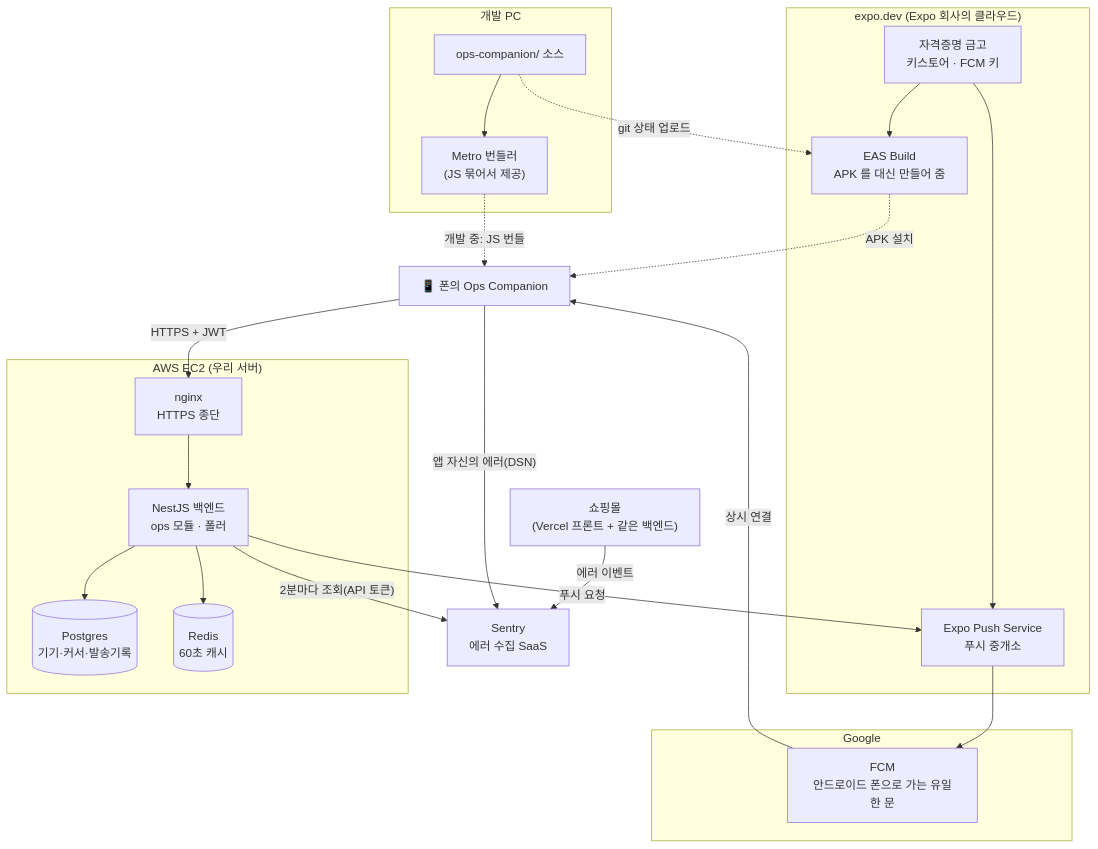
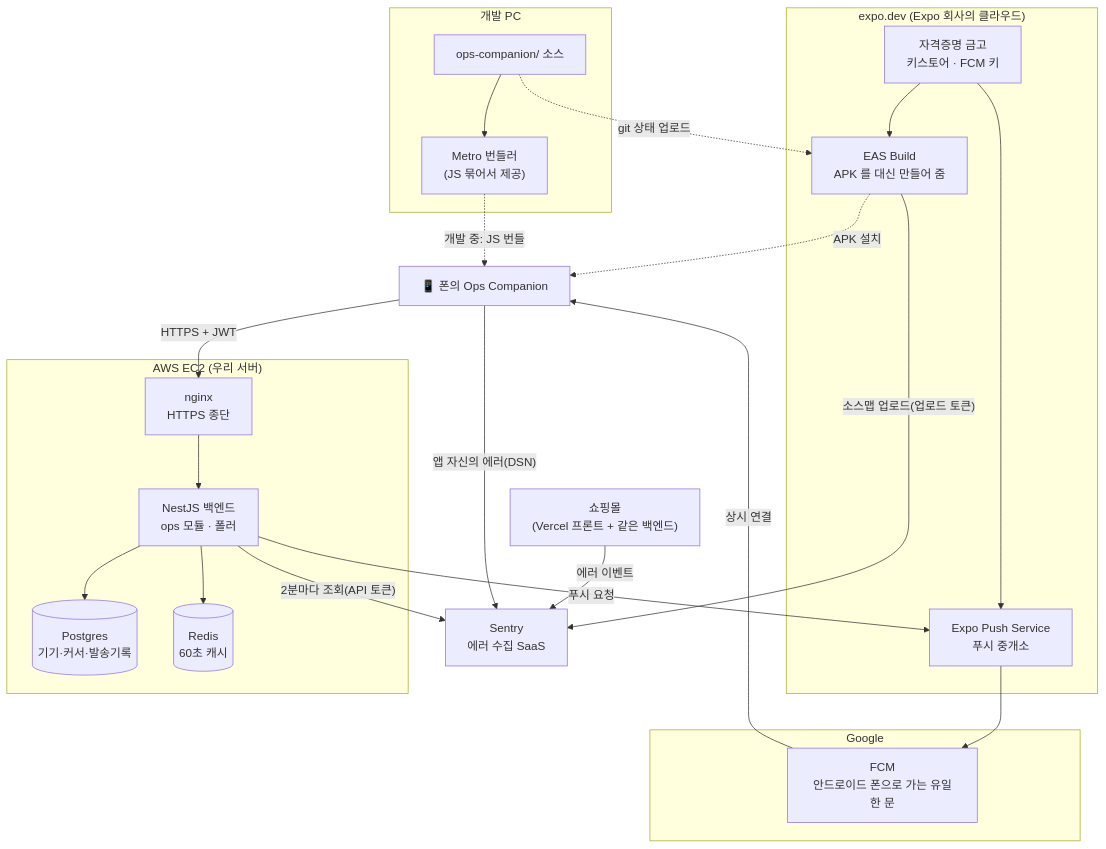
Before and after one commit to ansm0403/E-commerce_shopping_mall: the first of 5 diagrams in docs/learning/ops-companion/infra-story.md, drawn with Mermaid. The commit also changed other lines of this file and 32 other files, not shown here.

````diff
--- a/docs/learning/ops-companion/infra-story.md
+++ b/docs/learning/ops-companion/infra-story.md
@@ -35,46 +35,47 @@
 ```mermaid
 flowchart TB
     subgraph DEV["개발 PC"]
         Metro["Metro 번들러<br/>(JS 묶어서 제공)"]
         Code["ops-companion/ 소스"]
         Code --> Metro
     end
 
     subgraph EXPO["expo.dev (Expo 회사의 클라우드)"]
         EAS["EAS Build<br/>APK 를 대신 만들어 줌"]
         Cred["자격증명 금고<br/>키스토어 · FCM 키"]
         Push["Expo Push Service<br/>푸시 중개소"]
     end
 
     subgraph GOOGLE["Google"]
         FCM["FCM<br/>안드로이드 폰으로 가는 유일한 문"]
     end
 
     subgraph AWS["AWS EC2 (우리 서버)"]
         Nginx["nginx<br/>HTTPS 종단"]
         API["NestJS 백엔드<br/>ops 모듈 · 폴러"]
         PG[("Postgres<br/>기기·커서·발송기록")]
         Redis[("Redis<br/>60초 캐시")]
         Nginx --> API
         API --> PG
         API --> Redis
     end
 
     Sentry["Sentry<br/>에러 수집 SaaS"]
     Shop["쇼핑몰<br/>(Vercel 프론트 + 같은 백엔드)"]
     Phone["📱 폰의 Ops Companion"]
 
     Code -. "git 상태 업로드" .-> EAS
     Cred --> EAS
+    EAS -- "소스맵 업로드(업로드 토큰)" --> Sentry
     EAS -. "APK 설치" .-> Phone
     Metro -. "개발 중: JS 번들" .-> Phone
 
     Shop -- "에러 이벤트" --> Sentry
     Phone -- "앱 자신의 에러(DSN)" --> Sentry
     API -- "2분마다 조회(API 토큰)" --> Sentry
     Phone -- "HTTPS + JWT" --> Nginx
     API -- "푸시 요청" --> Push
     Cred --> Push
     Push --> FCM
     FCM -- "상시 연결" --> Phone
 ```
````
